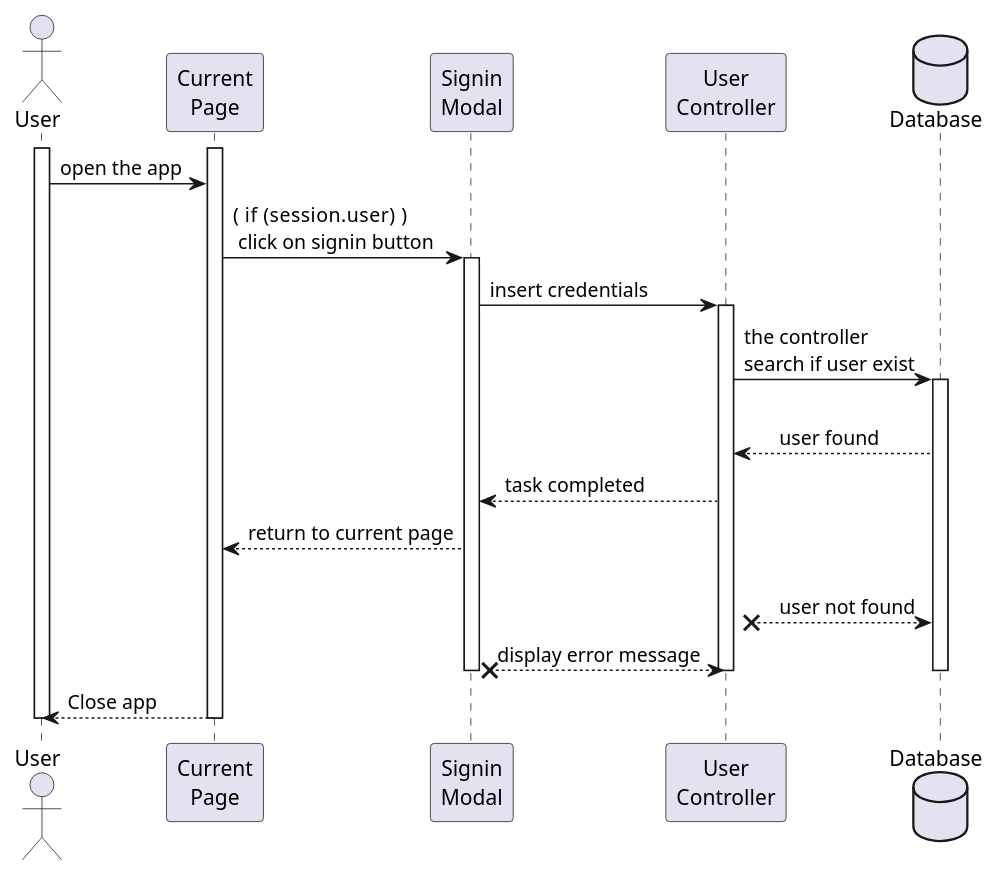
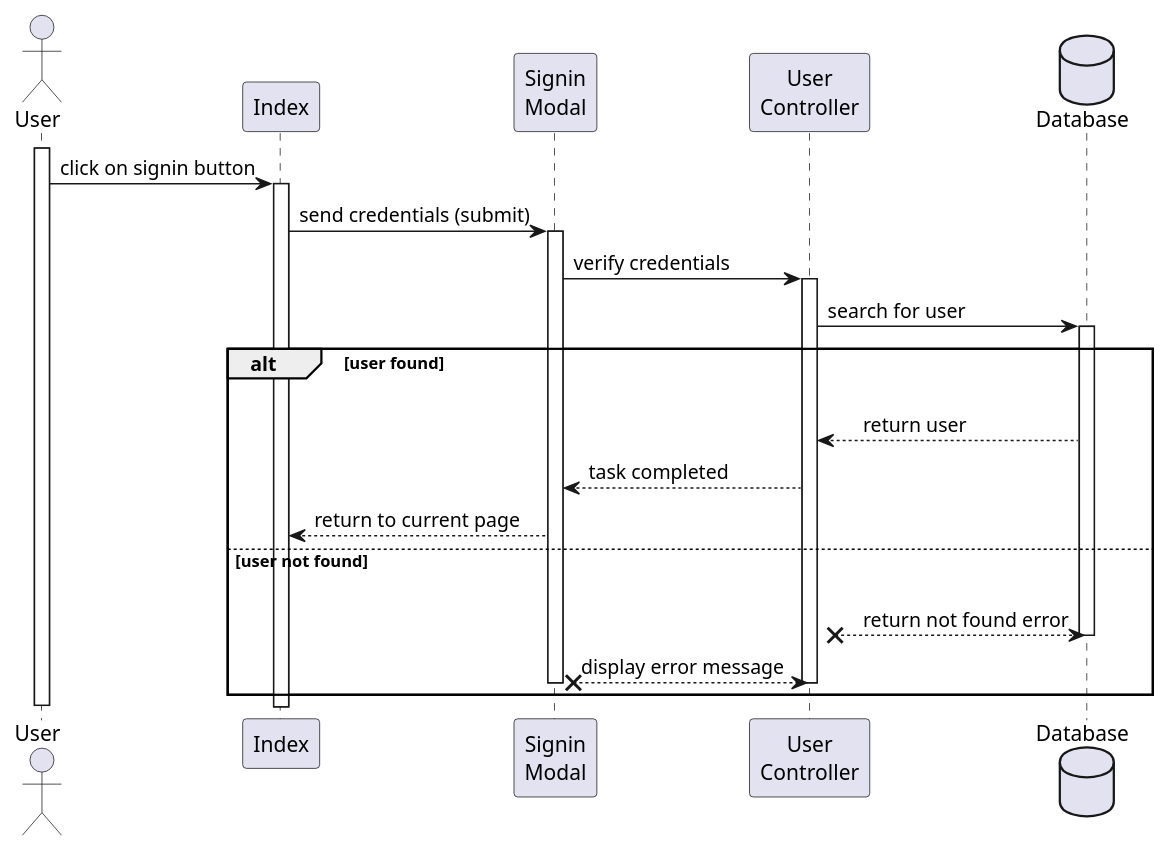
The diagram in app-diagrams/sequence/user/signin.wsd (TommasoScalici/BnB), drawn with PlantUML before and after one commit. The commit also changed 2 other files, not shown here.

Commit message:
sequence diagram completed: signin, signup, logout

```diff
--- a/app-diagrams/sequence/user/signin.wsd
+++ b/app-diagrams/sequence/user/signin.wsd
@@ -1,34 +1,38 @@
 @startuml signin
 
 actor User
-participant "Current\nPage" as CurrentPage
+participant "Index" as Index
 participant "Signin\nModal" as SigninModal
 participant "User\nController" as UserController
 database Database
 
 activate User
-    activate CurrentPage
-        User -> CurrentPage: open the app
-        CurrentPage -> SigninModal: (  if (session.user)  )\n click on signin button
+        User -> Index: click on signin button
+    activate Index
+        Index -> SigninModal: send credentials (submit) 
+    
     
 
     activate SigninModal
-        SigninModal -> UserController: insert credentials
+        SigninModal -> UserController: verify credentials
         activate UserController
-        UserController -> Database: the controller\nsearch if user exist
+        UserController -> Database: search for user
         activate Database
-        UserController <-- Database : \n    user found
+        alt user found
+        UserController <-- Database : \n    return user
         SigninModal <-- UserController: task completed
-        CurrentPage <-- SigninModal: return to current page
-        UserController x-- Database : \n    user not found
+        
+        Index <-- SigninModal: return to current page
+        
+        else user not found
+        UserController x-- Database : \n    return not found error
+        deactivate Database
         SigninModal x-- UserController: display error message
-        deactivate Database
         deactivate UserController
+        deactivate SigninModal
+        end
 
-    deactivate SigninModal
     
-    User <-- CurrentPage: Close app
-    deactivate CurrentPage
 deactivate User
 
 @enduml
```
